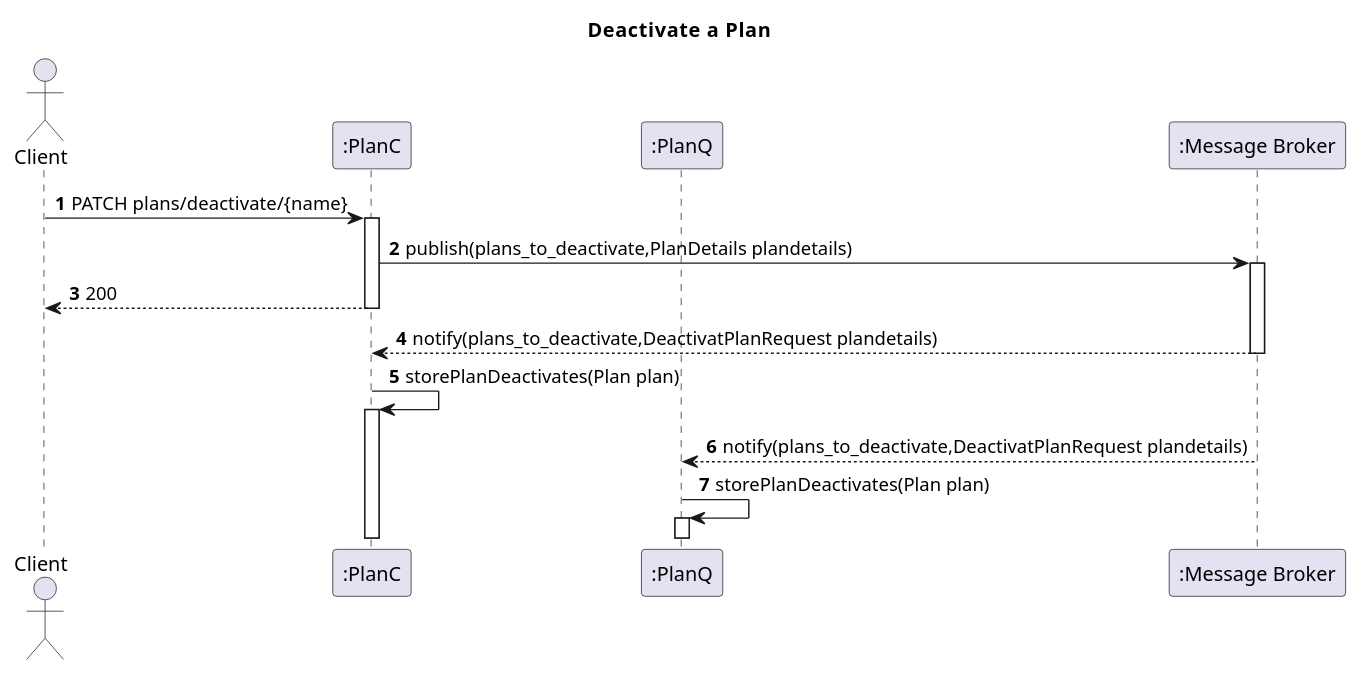
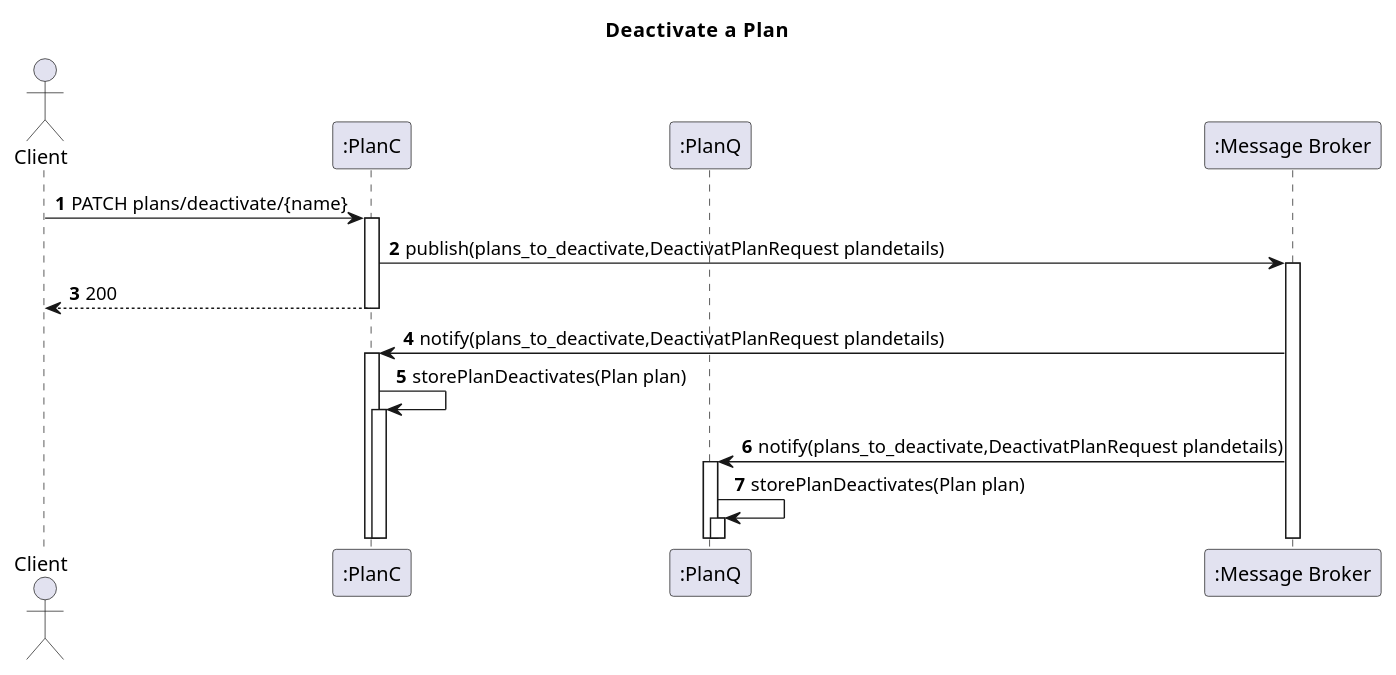
Before and after one commit to IsepMartimOliveira/SIDIS: the diagram in docs_sidis/Segunda_Avalição/Plans/Vista_Logica/N2/N2_Deactivate_Plan.puml, drawn with PlantUML. The commit also changed 34 other files, not shown here.

```diff
--- a/docs_sidis/Segunda_Avalição/Plans/Vista_Logica/N2/N2_Deactivate_Plan.puml
+++ b/docs_sidis/Segunda_Avalição/Plans/Vista_Logica/N2/N2_Deactivate_Plan.puml
@@ -1,40 +1,40 @@
 @startuml
 'https://plantuml.com/sequence-diagram
 autoactivate on
 autonumber
 title  Deactivate  a  Plan
 
 autonumber
 
 
 actor "Client" as Ac
 participant ":PlanC" as Auth
 participant ":PlanQ" as Serv
 
 participant ":Message Broker" as Broker
 
 
 Ac->Auth:PATCH plans/deactivate/{name}
-Auth->Broker: publish(plans_to_deactivate,PlanDetails plandetails)
+Auth->Broker: publish(plans_to_deactivate,DeactivatPlanRequest plandetails)
 
 Auth-->Ac:200
-Broker-->Auth:notify(plans_to_deactivate,DeactivatPlanRequest plandetails)
+Broker->Auth:notify(plans_to_deactivate,DeactivatPlanRequest plandetails)
 Auth->Auth:storePlanDeactivates(Plan plan)
 
-Broker-->Serv:notify(plans_to_deactivate,DeactivatPlanRequest plandetails)
+Broker->Serv:notify(plans_to_deactivate,DeactivatPlanRequest plandetails)
 
 Serv->Serv:storePlanDeactivates(Plan plan)
 
 
 
 
 
 
 
 
 
 
 
 
 
 @enduml
```
